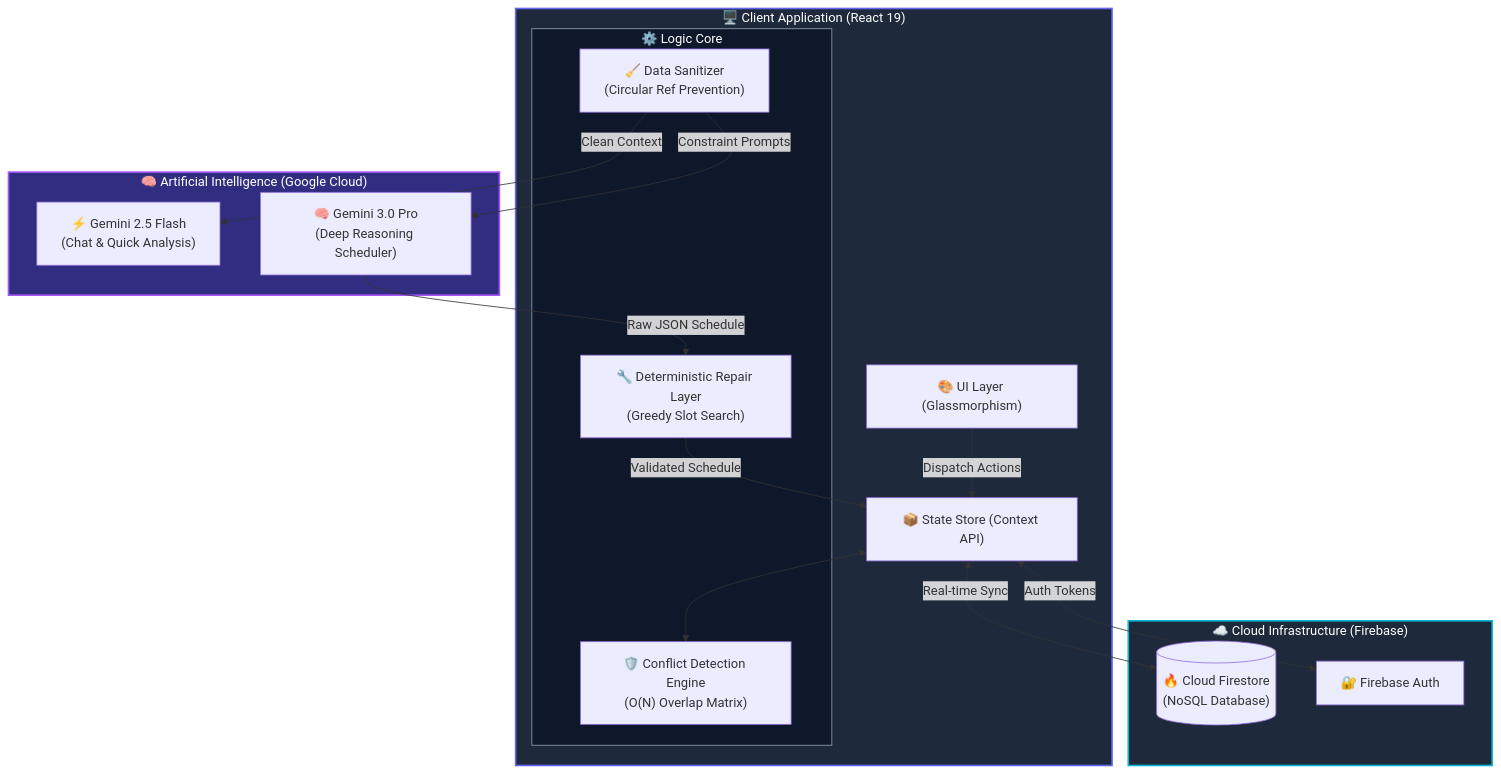
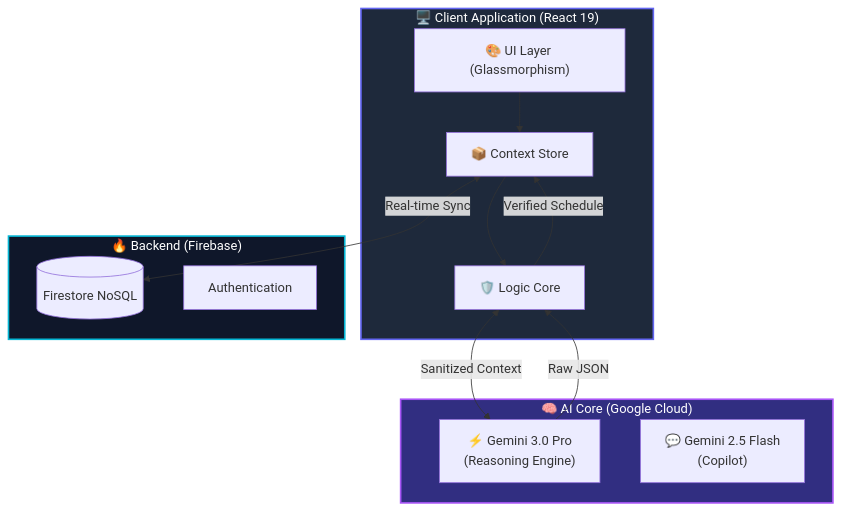
Before and after one commit to Om-Prakash-Verma/AetherSchedule: the first of 2 diagrams in README.md, drawn with Mermaid. The commit also changed other lines of this file, not shown here.

````diff
--- a/README.md
+++ b/README.md
@@ -17,42 +29,28 @@
 ```mermaid
 graph TD
-    subgraph Client_Side_Application ["🖥️ Client Application (React 19)"]
-        style Client_Side_Application fill:#1e293b,stroke:#6366f1,stroke-width:2px,color:#fff
-        
+    subgraph Client ["🖥️ Client Application (React 19)"]
+        style Client fill:#1e293b,stroke:#6366f1,stroke-width:2px,color:#fff
         UI["🎨 UI Layer (Glassmorphism)"]
-        Store["📦 State Store (Context API)"]
-        
-        subgraph Logic_Core ["⚙️ Logic Core"]
-            style Logic_Core fill:#0f172a,stroke:#94a3b8,color:#fff
-            Detect["🛡️ Conflict Detection Engine<br/>(O(N) Overlap Matrix)"]
-            Repair["🔧 Deterministic Repair Layer<br/>(Greedy Slot Search)"]
-            Sanitizer["🧹 Data Sanitizer<br/>(Circular Ref Prevention)"]
-        end
-        
-        UI -->|Dispatch Actions| Store
-        Store <--> Detect
+        Store["📦 Context Store"]
+        Validation["🛡️ Logic Core"]
     end
 
-    subgraph Cloud_Infrastructure ["☁️ Cloud Infrastructure (Firebase)"]
-        style Cloud_Infrastructure fill:#1e293b,stroke:#06b6d4,stroke-width:2px,color:#fff
-        
-        Firestore[("🔥 Cloud Firestore<br/>(NoSQL Database)")]
-        Auth["🔐 Firebase Auth"]
-        
-        Store <-->|Real-time Sync| Firestore
-        Store <-->|Auth Tokens| Auth
+    subgraph AI ["🧠 AI Core (Google Cloud)"]
+        style AI fill:#312e81,stroke:#a855f7,stroke-width:2px,color:#fff
+        Thinking["⚡ Gemini 3.0 Pro<br/>(Reasoning Engine)"]
+        Chat["💬 Gemini 2.5 Flash<br/>(Copilot)"]
     end
 
-    subgraph Artificial_Intelligence ["🧠 Artificial Intelligence (Google Cloud)"]
-        style Artificial_Intelligence fill:#312e81,stroke:#a855f7,stroke-width:2px,color:#fff
-        
-        GeminiFlash["⚡ Gemini 2.5 Flash<br/>(Chat & Quick Analysis)"]
-        GeminiPro["🧠 Gemini 3.0 Pro<br/>(Deep Reasoning Scheduler)"]
-        
-        Sanitizer -->|Clean Context| GeminiFlash
-        Sanitizer -->|Constraint Prompts| GeminiPro
-        
-        GeminiPro -->|Raw JSON Schedule| Repair
-        Repair -->|Validated Schedule| Store
+    subgraph Backend ["🔥 Backend (Firebase)"]
+        style Backend fill:#0f172a,stroke:#06b6d4,stroke-width:2px,color:#fff
+        DB[("Firestore NoSQL")]
+        Auth["Authentication"]
     end
+
+    UI --> Store
+    Store --> Validation
+    Validation <-->|Sanitized Context| Thinking
+    Thinking -->|Raw JSON| Validation
+    Validation -->|Verified Schedule| Store
+    Store <-->|Real-time Sync| DB
 ```
````
